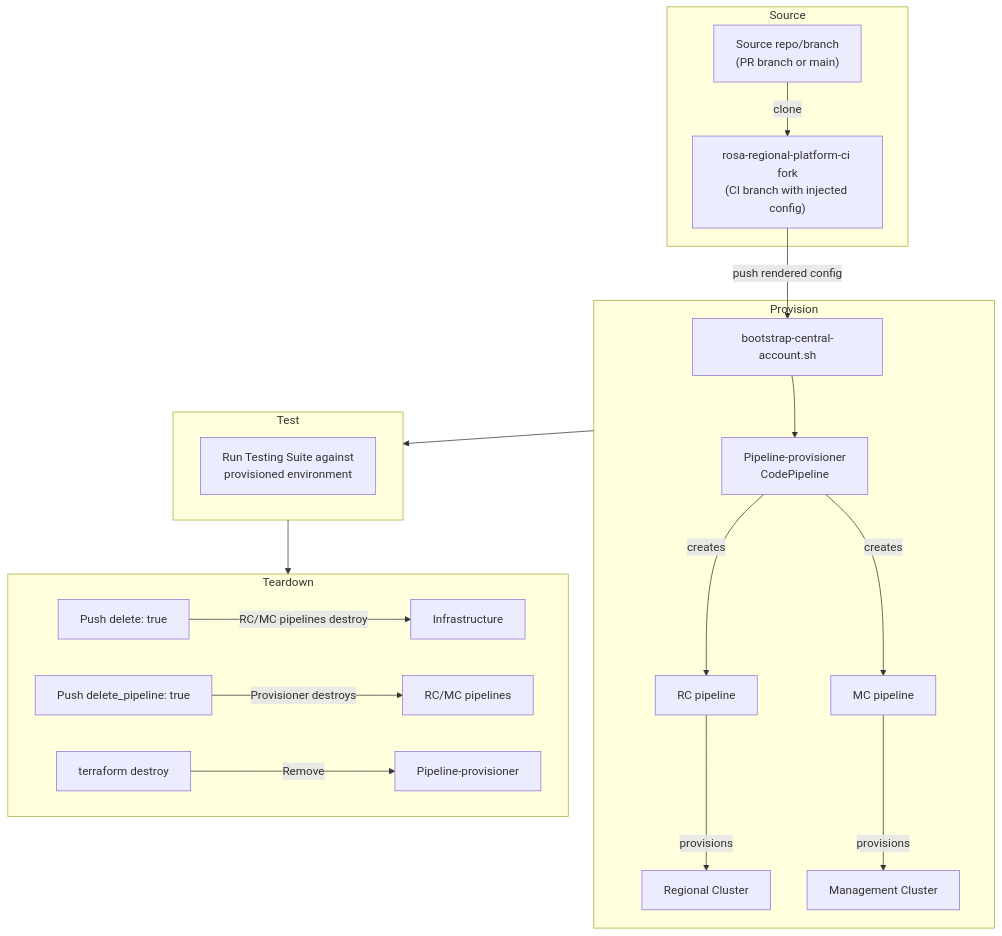
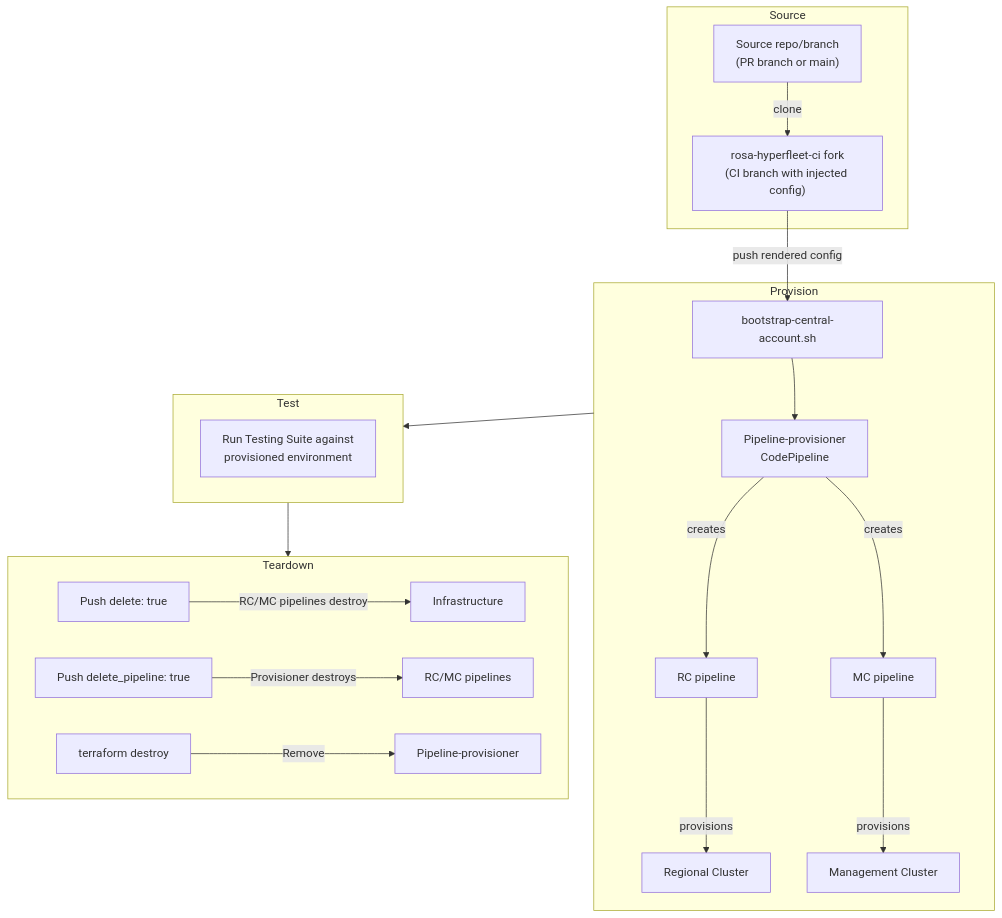
Before and after one commit to rosa-regional-platform-ci/rosa-regional-platform: the fourth of 4 diagrams in docs/design/testing-strategy.md, drawn with Mermaid. The commit also changed other lines of this file and 58 other files, not shown here.

First line of the commit message:
docs: update all repository name references to rosa-hyperfleet

````diff
--- a/docs/design/testing-strategy.md
+++ b/docs/design/testing-strategy.md
@@ -120,28 +120,28 @@
 ```mermaid
 flowchart TB
     subgraph SOURCE ["Source"]
-        A["Source repo/branch<br/>(PR branch or main)"] -->|clone| B["rosa-regional-platform-ci fork<br/>(CI branch with injected config)"]
+        A["Source repo/branch<br/>(PR branch or main)"] -->|clone| B["rosa-hyperfleet-ci fork<br/>(CI branch with injected config)"]
     end
 
     B -->|push rendered config| C
 
     subgraph PROVISION ["Provision"]
         C[bootstrap-central-account.sh] --> D[Pipeline-provisioner\nCodePipeline]
         D -->|creates| E[RC pipeline] -->|provisions| F[Regional Cluster]
         D -->|creates| G[MC pipeline] -->|provisions| H[Management Cluster]
     end
 
     PROVISION --> TEST
 
     subgraph TEST ["Test"]
         I[Run Testing Suite against\nprovisioned environment]
     end
 
     TEST --> TEARDOWN
 
     subgraph TEARDOWN ["Teardown"]
         J["Push delete: true"] -->|RC/MC pipelines destroy| K[Infrastructure]
         L["Push delete_pipeline: true"] -->|Provisioner destroys| M[RC/MC pipelines]
         N[terraform destroy] -->|Remove| O[Pipeline-provisioner]
     end
 ```
````
